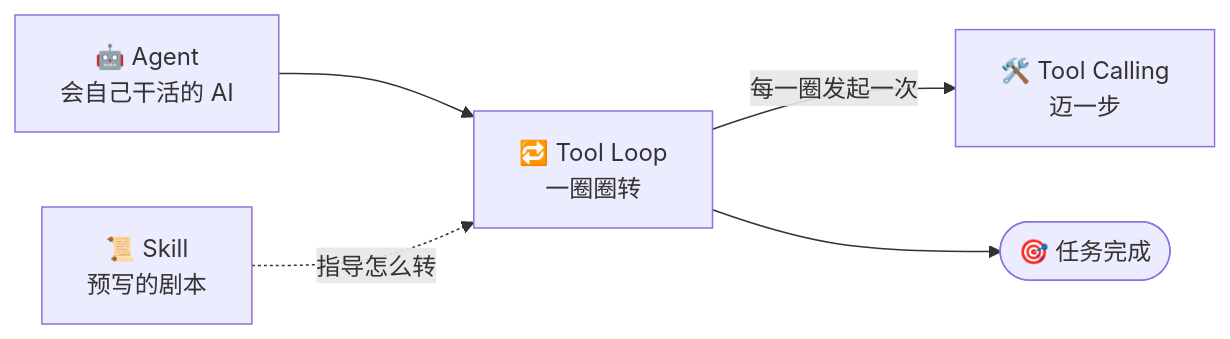
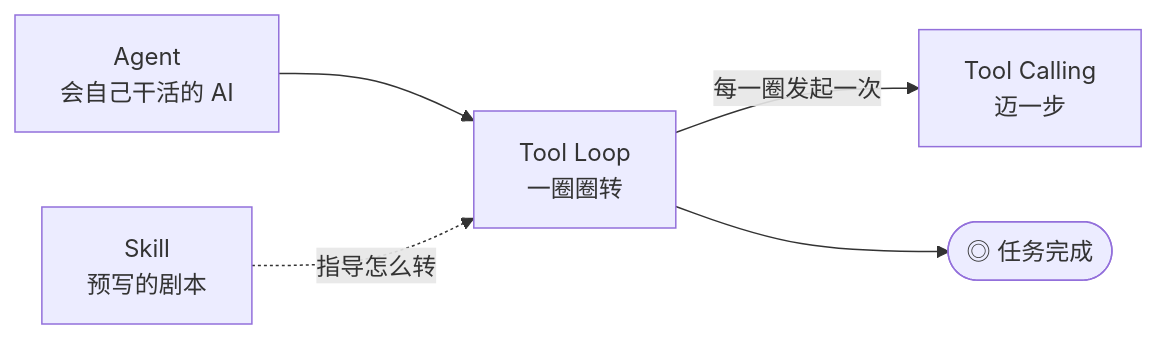
Before and after one commit to luckykhy/KhyAiHub: the fourth of 5 diagrams in docs/02_CONCEPTS_概念入门/CONCEPT/[CONCEPT-03] 什么是ToolLoop-工具循环.md, drawn with Mermaid. The commit also changed other lines of this file and 19 other files, not shown here.

````diff
--- a/docs/02_CONCEPTS_概念入门/CONCEPT/[CONCEPT-03] 什么是ToolLoop-工具循环.md
+++ b/docs/02_CONCEPTS_概念入门/CONCEPT/[CONCEPT-03] 什么是ToolLoop-工具循环.md
@@ -264,7 +264,7 @@
 ```mermaid
 flowchart LR
-  Agent["🤖 Agent<br/>会自己干活的 AI"] --> Loop["🔁 Tool Loop<br/>一圈圈转"]
-  Loop -- "每一圈发起一次" --> Call["🛠️ Tool Calling<br/>迈一步"]
-  Skill["📜 Skill<br/>预写的剧本"] -. "指导怎么转" .-> Loop
-  Loop --> Done(["🎯 任务完成"])
+  Agent["Agent<br/>会自己干活的 AI"] --> Loop["Tool Loop<br/>一圈圈转"]
+  Loop -- "每一圈发起一次" --> Call["Tool Calling<br/>迈一步"]
+  Skill["Skill<br/>预写的剧本"] -. "指导怎么转" .-> Loop
+  Loop --> Done(["◎ 任务完成"])
 ```
````
